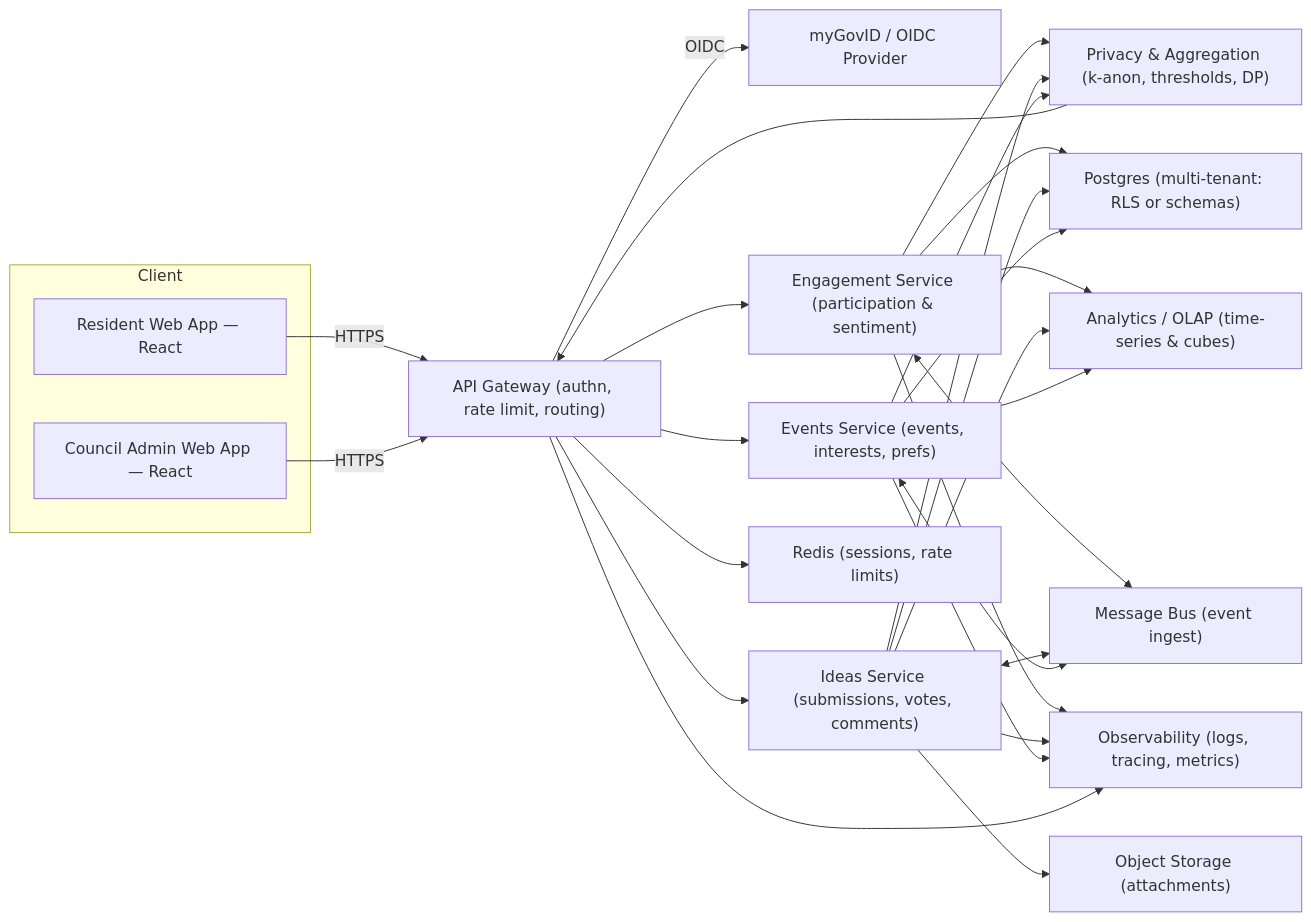
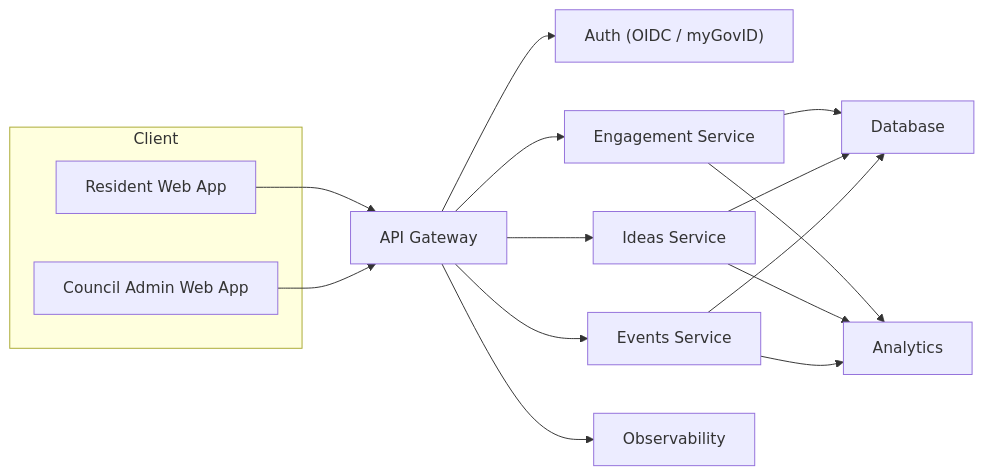
Before and after one commit to mangeshg/communityLink: the diagram in README.md, drawn with Mermaid.

Commit message:
update the diagram

````diff
--- a/README.md
+++ b/README.md
@@ -99,43 +99,27 @@
 ```mermaid
 flowchart LR
-	subgraph Client
-		A["Resident Web App — React"]
-		B["Council Admin Web App — React"]
-	end
+  subgraph "Client"
+    A["Resident Web App"]
+    B["Council Admin Web App"]
+  end
 
-	A -->|HTTPS| G["API Gateway (authn, rate limit, routing)"]
-	B -->|HTTPS| G
+  A --> G["API Gateway"]
+  B --> G
 
-	G -->|OIDC| H["myGovID / OIDC Provider"]
+  G --> H["Auth (OIDC / myGovID)"]
 
-	G --> I["Engagement Service (participation & sentiment)"]
-	G --> J["Ideas Service (submissions, votes, comments)"]
-	G --> K["Events Service (events, interests, prefs)"]
+  G --> S["Engagement Service"]
+  G --> J["Ideas Service"]
+  G --> K["Events Service"]
 
-	I --> Q["Privacy & Aggregation (k-anon, thresholds, DP)"]
-	J --> Q
-	K --> Q
-	Q --> G
+  S --> D["Database"]
+  J --> D
+  K --> D
 
-	I --> L["Postgres (multi-tenant: RLS or schemas)"]
-	J --> L
-	K --> L
+  S --> M["Analytics"]
+  J --> M
+  K --> M
 
-	I --> M["Analytics / OLAP (time-series & cubes)"]
-	J --> M
-	K --> M
-
-	J --> N["Object Storage (attachments)"]
-	G --> O["Redis (sessions, rate limits)"]
-
-	I <--> P["Message Bus (event ingest)"]
-	J <--> P
-	K <--> P
-
-	R["Observability (logs, tracing, metrics)"]
-	I --> R
-	J --> R
-	K --> R
-	G --> R
+  G --> R["Observability"]
 
 ```
````
